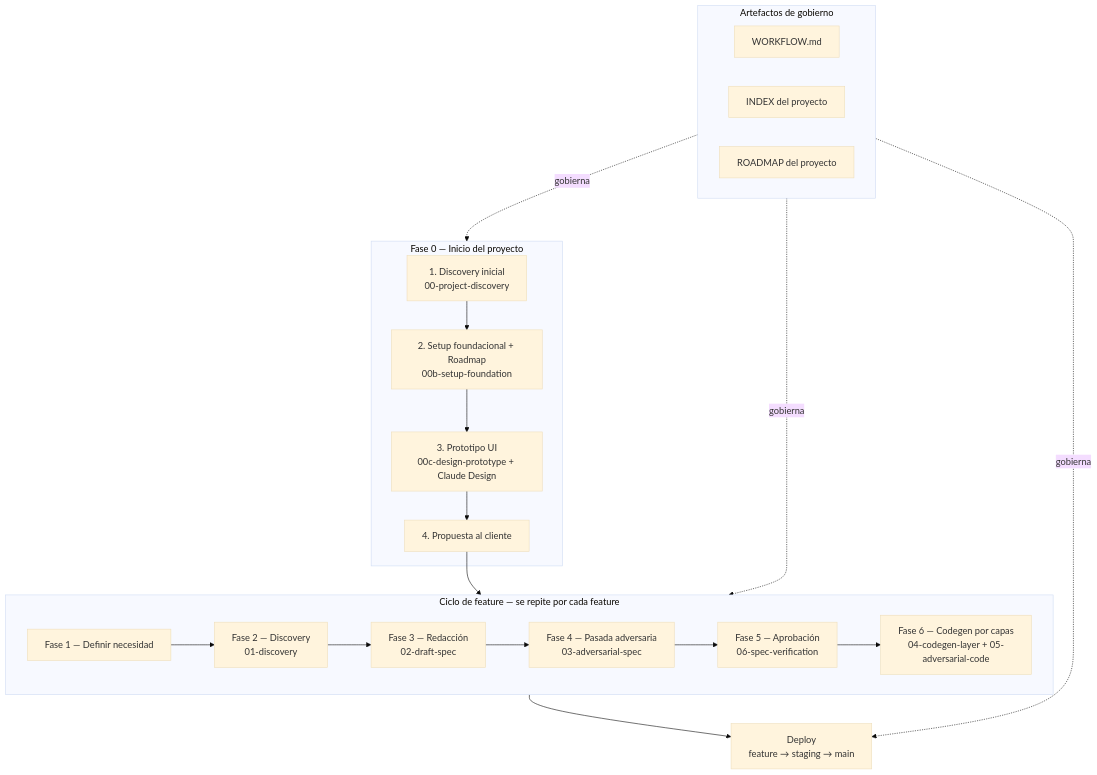
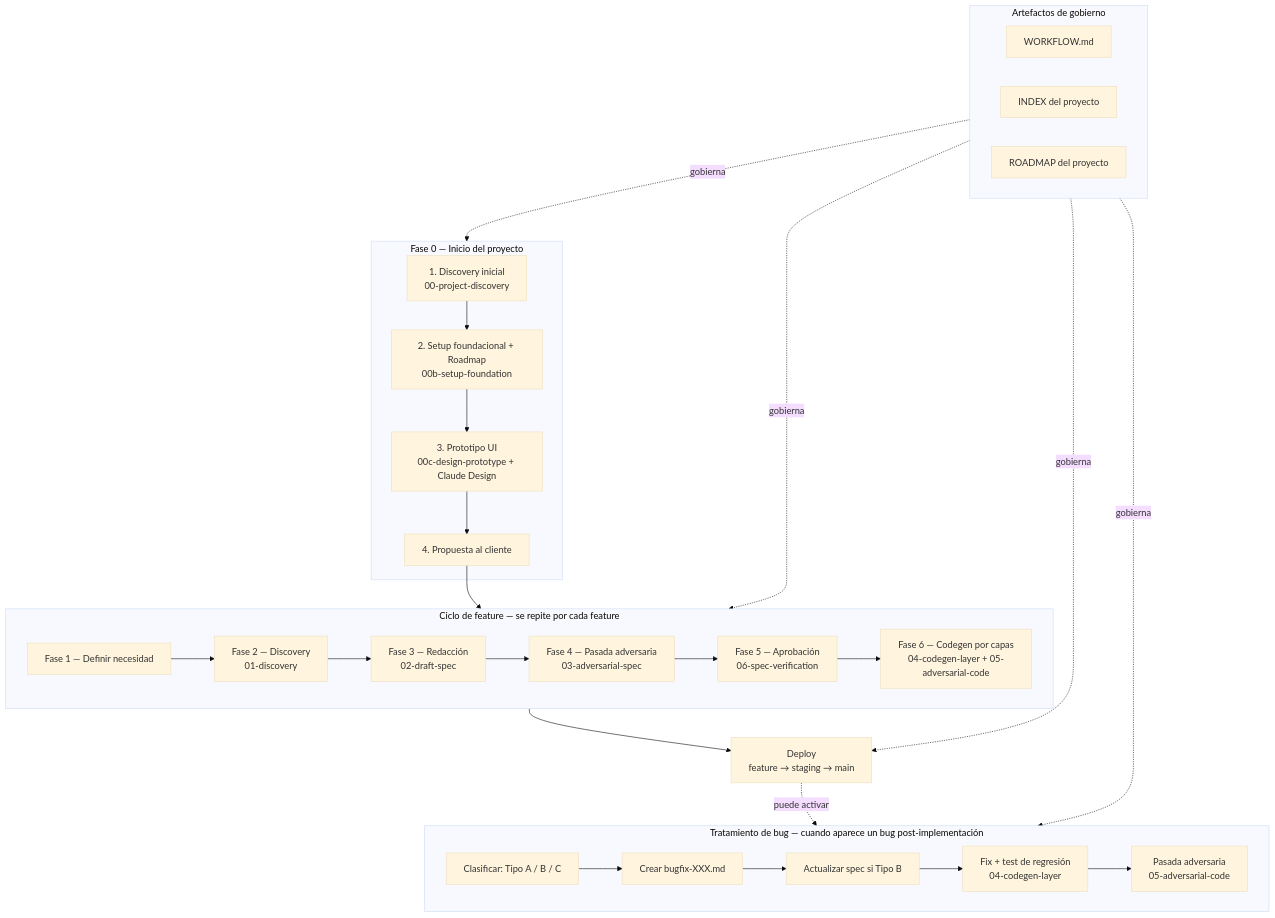
One commit to martin-bortagaray/sdd-toolkit changed the diagram in docs/process-overview.md. Above: the diagram before and after it, drawn with Mermaid (base theme). The commit also changed other lines of this file, not shown here.

First line of the commit message:
fix(process-overview): coherencia con tratamiento de bugs

````diff
--- a/docs/process-overview.md
+++ b/docs/process-overview.md
@@ -11,30 +11,40 @@
 ```mermaid
 flowchart TD
     subgraph FASE0[Fase 0 — Inicio del proyecto]
         P0[1. Discovery inicial<br/>00-project-discovery] --> SF[2. Setup foundacional + Roadmap<br/>00b-setup-foundation]
         SF --> PROTO[3. Prototipo UI<br/>00c-design-prototype + Claude Design]
         PROTO --> PROP[4. Propuesta al cliente]
     end
 
     PROP --> CICLO
 
     subgraph CICLO[Ciclo de feature — se repite por cada feature]
         F1[Fase 1 — Definir necesidad] --> F2[Fase 2 — Discovery<br/>01-discovery]
         F2 --> F3[Fase 3 — Redacción<br/>02-draft-spec]
         F3 --> F4[Fase 4 — Pasada adversaria<br/>03-adversarial-spec]
         F4 --> F5[Fase 5 — Aprobación<br/>06-spec-verification]
         F5 --> F6[Fase 6 — Codegen por capas<br/>04-codegen-layer + 05-adversarial-code]
     end
 
     CICLO --> DEPLOY[Deploy<br/>feature → staging → main]
 
+    subgraph BUG[Tratamiento de bug — cuando aparece un bug post-implementación]
+        B1[Clasificar: Tipo A / B / C] --> B2[Crear bugfix-XXX.md]
+        B2 --> B3[Actualizar spec si Tipo B]
+        B3 --> B4[Fix + test de regresión<br/>04-codegen-layer]
+        B4 --> B5[Pasada adversaria<br/>05-adversarial-code]
+    end
+
+    DEPLOY -.puede activar.-> BUG
+
     subgraph GOB[Artefactos de gobierno]
         WF[WORKFLOW.md]
         IDX[INDEX del proyecto]
         RM[ROADMAP del proyecto]
     end
 
     GOB -.gobierna.-> FASE0
     GOB -.gobierna.-> CICLO
     GOB -.gobierna.-> DEPLOY
+    GOB -.gobierna.-> BUG
 ```
````
